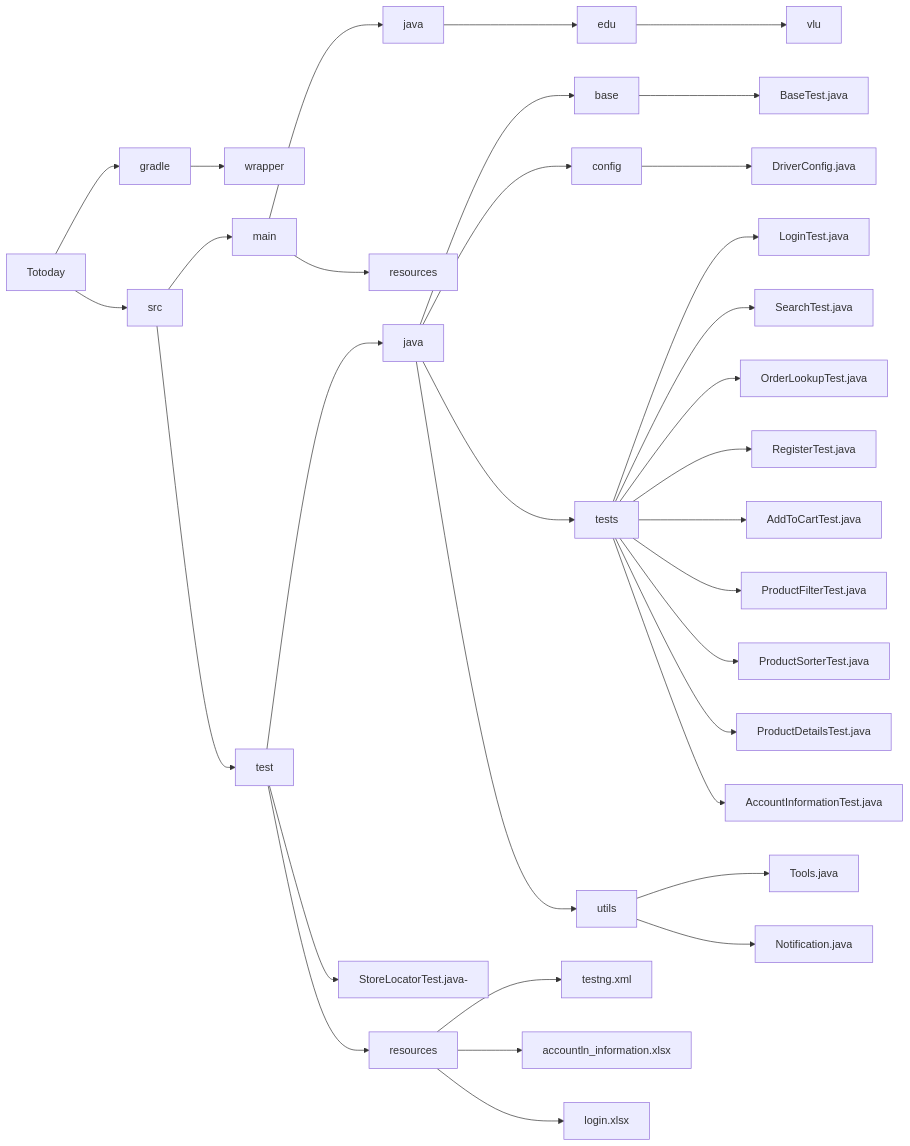
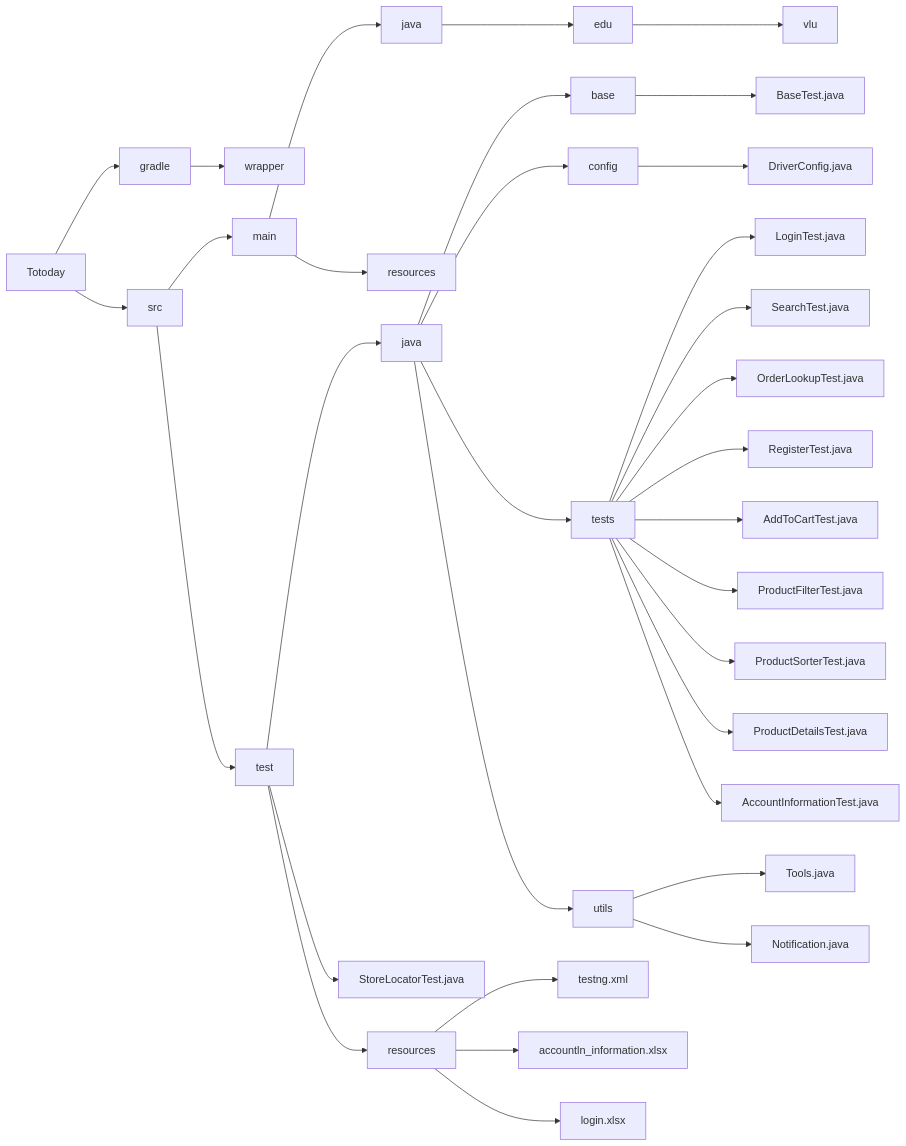
One commit to shinki04/TotodayWebTesting changed the diagram in README.md. Above: the diagram before and after it, drawn with Mermaid.

````diff
--- a/README.md
+++ b/README.md
@@ -2,38 +2,38 @@
 ```mermaid
 graph LR;
     D[Totoday]
     D --> gradle;
     gradle --> wrapper;
     
     D --> src;
     src --> main;
     main --> java;
     java --> edu;
     edu --> vlu;
     main --> resources;
     
     src --> test;
     test --> java_test["java"];
     java_test --> base;
     base --> BaseTest.java;
     java_test --> config;
     config --> DriverConfig.java
     java_test --> tests;
     tests --> LoginTest.java;
     tests --> SearchTest.java;
     tests --> OrderLookupTest.java;
     tests --> RegisterTest.java;
     tests --> AddToCartTest.java;
     tests --> ProductFilterTest.java;
     tests --> ProductSorterTest.java;
     tests --> ProductDetailsTest.java;
-    test --> StoreLocatorTest.java-
+    test --> StoreLocatorTest.java;
     tests --> AccountInformationTest.java;
     java_test --> utils;
     utils --> Tools.java
     utils --> Notification.java
     test --> resources_test["resources"];
     resources_test --> testng.xml
     resources_test -->accountln_information.xlsx;
     resources_test --> login.xlsx;
 ```
````
